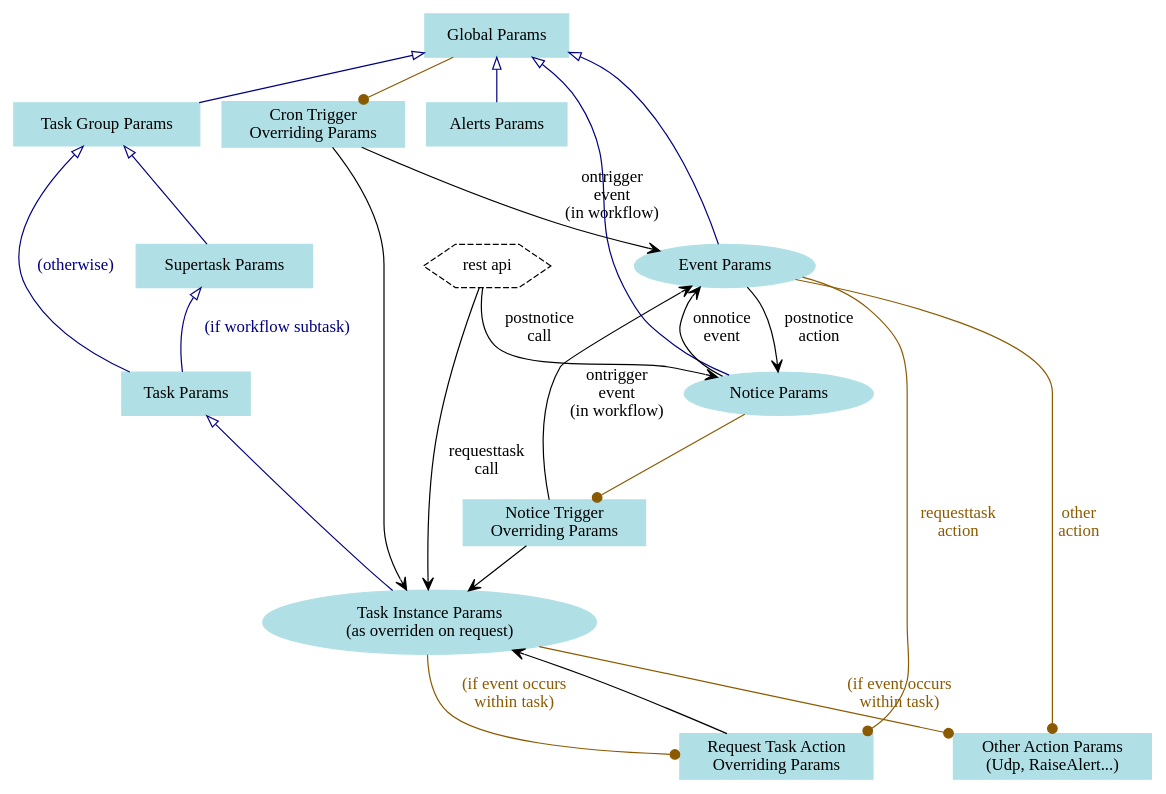
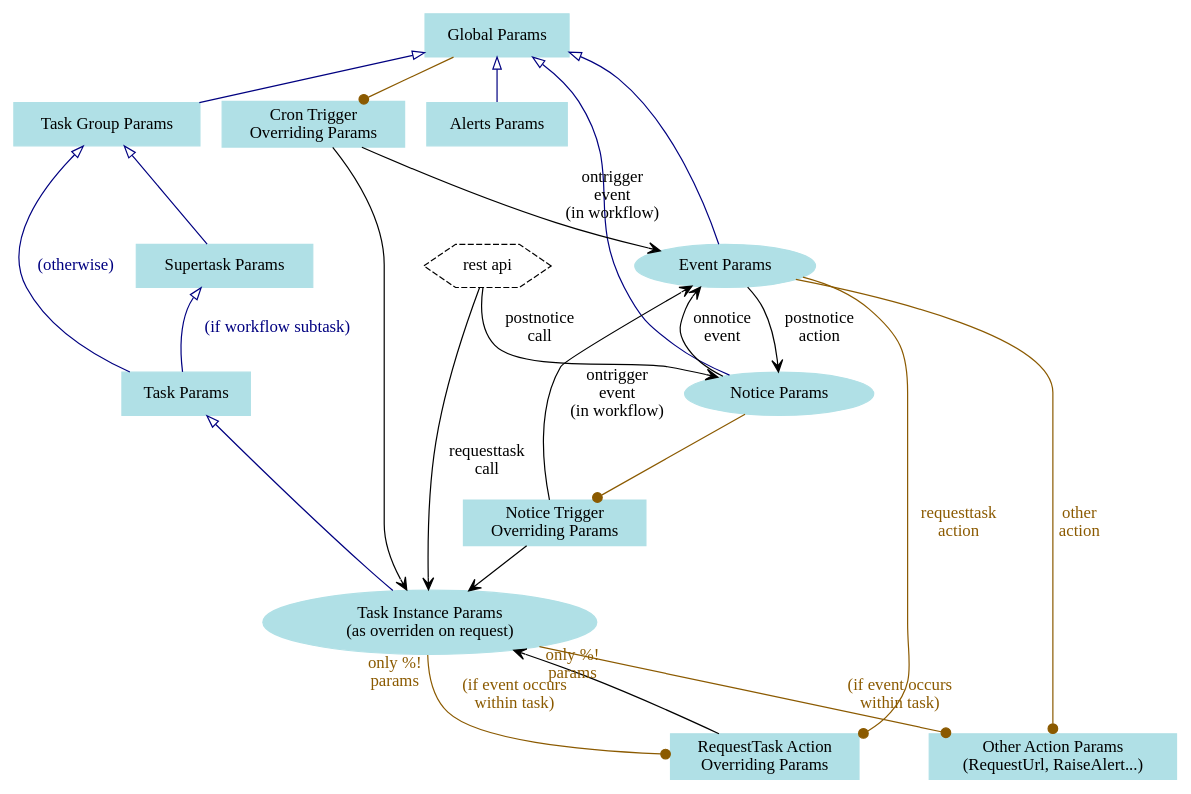
Before and after one commit to g76r/qron: the diagram in doc/paramset_hierarchy.dot, drawn with Graphviz. The commit also changed 36 other files, not shown here.

First line of the commit message:
added support for URL action and alert channel (incl. HTTP)

```diff
--- a/doc/paramset_hierarchy.dot
+++ b/doc/paramset_hierarchy.dot
@@ -1,60 +1,60 @@
 graph g {
 
 // configuration objects carrying params
 node [shape=box,style=filled,color=powderblue]
 global [label="Global Params"]
 supertask [label="Supertask Params"]
 taskgroup [label="Task Group Params"]
 task [label="Task Params"]
 noticetrigger [label="Notice Trigger\nOverriding Params"]
 crontrigger [label="Cron Trigger\nOverriding Params"]
-requesttaskaction [label="Request Task Action\nOverriding Params"]
-otheraction [label="Other Action Params\n(Udp, RaiseAlert...)"]
+requesttaskaction [label="RequestTask Action\nOverriding Params"]
+otheraction [label="Other Action Params\n(RequestUrl, RaiseAlert...)"]
 alerts [label="Alerts Params"]
 //webconsole [label="Web Console Params"]
 
 // runtime objects carrying params
 node [shape=ellipse]
 taskinstance [label="Task Instance Params\n(as overriden on request)"]
 event [label="Event Params"]
 notice [label="Notice Params"]
 
 // actors
 node [shape=hexagon,style=dashed,color=""]
 restapi [label="REST API"]
 //time [label="time"]
 
 // ParamSet inheritage (mostly in configuration)
 edge [dir=back,arrowtail=onormal,color=navy,fontcolor=navy]
 global -- taskgroup -- supertask
 supertask -- task [label="(if workflow subtask)"]
 taskgroup -- task [label="(otherwise)"]
 task -- taskinstance
 global -- event
 global -- notice
 global -- alerts
 //global -- webconsole
 
 // parameter injection at runtime
 edge [dir=forward,arrowhead=vee,color=black,fontcolor=black]
 crontrigger -- taskinstance
 noticetrigger -- taskinstance
 event -- notice [label="postnotice\naction"]
 notice -- event [label="onnotice\nevent"]
 restapi [label="rest api"]
 restapi -- notice [label="postnotice\ncall"]
 requesttaskaction -- taskinstance
 restapi -- taskinstance [label="requesttask\ncall"]
 //time -- crontrigger
 crontrigger -- event [label="ontrigger\nevent\n(in workflow)"]
 noticetrigger -- event [label="ontrigger\nevent\n(in workflow)"]
 
 // context for parameters evaluation
 edge [dir=forward,arrowhead=dot,color=orange4,fontcolor=orange4]
 notice -- noticetrigger
 global -- crontrigger
 event -- requesttaskaction [label="requesttask\naction"]
-taskinstance -- requesttaskaction [label="(if event occurs\nwithin task)",weight=0]
+taskinstance -- requesttaskaction [label="(if event occurs\nwithin task)",weight=0,taillabel="only %!\nparams"]
 event -- otheraction [label="other\naction"]
-taskinstance -- otheraction [label="(if event occurs\nwithin task)",weight=0]
+taskinstance -- otheraction [label="(if event occurs\nwithin task)",weight=0,taillabel="only %!\nparams"]
 }
```
